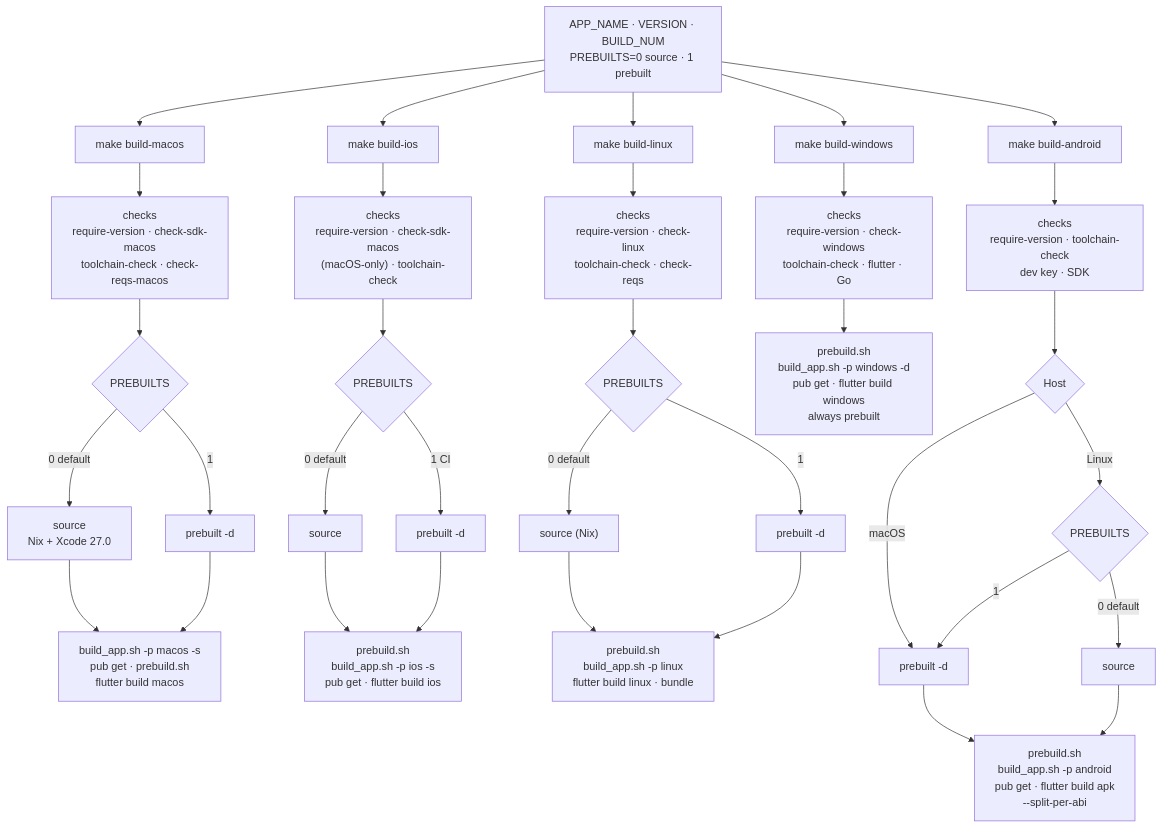
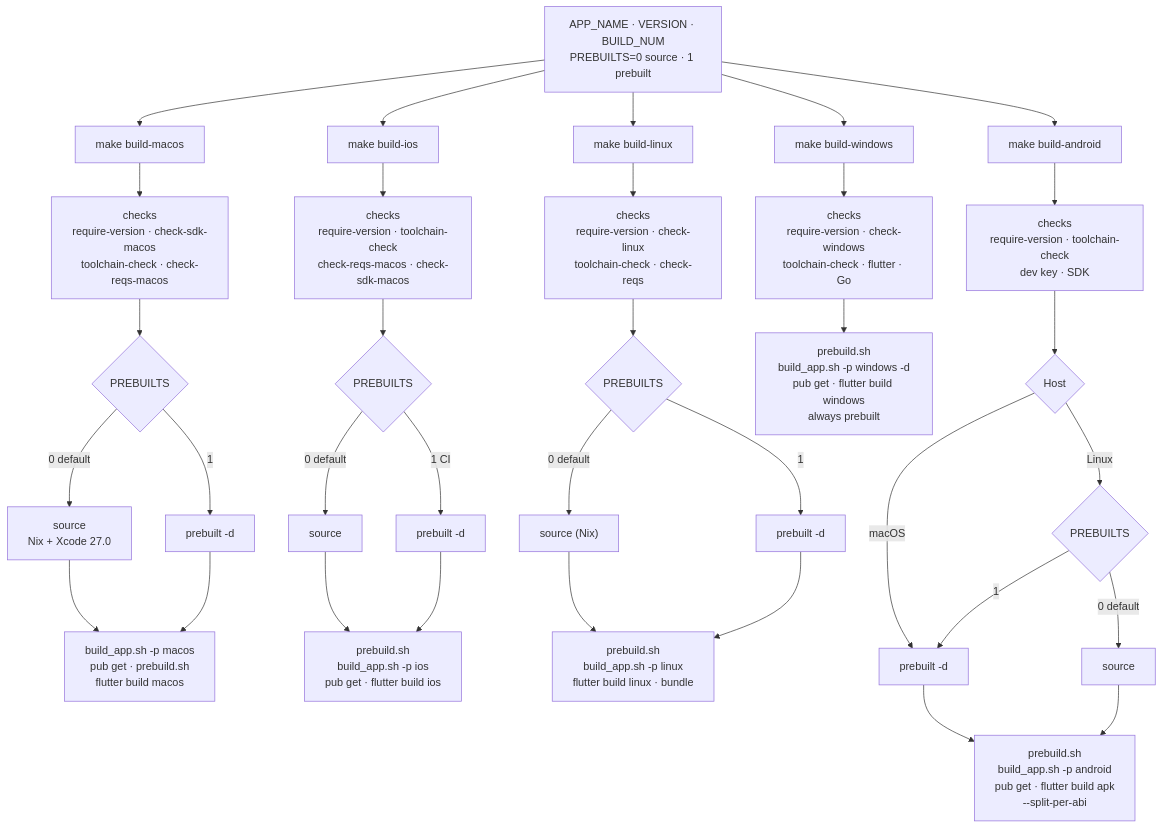
Before and after one commit to cypherstack/stack_wallet: the second of 2 diagrams in docs/building/make-flow.md, drawn with Mermaid. The commit also changed other lines of this file and 8 other files, not shown here.

````diff
--- a/docs/building/make-flow.md
+++ b/docs/building/make-flow.md
@@ -53,42 +54,42 @@
 ```mermaid
 flowchart TD
     O["APP_NAME · VERSION · BUILD_NUM<br/>PREBUILTS=0 source · 1 prebuilt"]
     O --> MAC["make build-macos"]
     O --> IOS["make build-ios"]
     O --> LINUX["make build-linux"]
     O --> WIN["make build-windows"]
     O --> AND["make build-android"]
 
     MAC --> MC["checks<br/>require-version · check-sdk-macos<br/>toolchain-check · check-reqs-macos"]
     MC --> MP{"PREBUILTS"}
     MP -- "0 default" --> MS["source<br/>Nix + Xcode 27.0"]
     MP -- "1" --> MB["prebuilt -d"]
-    MS --> MR["build_app.sh -p macos -s<br/>pub get · prebuild.sh<br/>flutter build macos"]
+    MS --> MR["build_app.sh -p macos<br/>pub get · prebuild.sh<br/>flutter build macos"]
     MB --> MR
 
-    IOS --> IC["checks<br/>require-version · check-sdk-macos<br/>(macOS-only) · toolchain-check"]
+    IOS --> IC["checks<br/>require-version · toolchain-check<br/>check-reqs-macos · check-sdk-macos"]
     IC --> IP{"PREBUILTS"}
     IP -- "0 default" --> IS["source"]
     IP -- "1 CI" --> IB["prebuilt -d"]
-    IS --> IR["prebuild.sh<br/>build_app.sh -p ios -s<br/>pub get · flutter build ios"]
+    IS --> IR["prebuild.sh<br/>build_app.sh -p ios<br/>pub get · flutter build ios"]
     IB --> IR
 
     LINUX --> LC["checks<br/>require-version · check-linux<br/>toolchain-check · check-reqs"]
     LC --> LP{"PREBUILTS"}
     LP -- "0 default" --> LS["source (Nix)"]
     LP -- "1" --> LB["prebuilt -d"]
     LS --> LR["prebuild.sh<br/>build_app.sh -p linux<br/>flutter build linux · bundle"]
     LB --> LR
 
     WIN --> WC["checks<br/>require-version · check-windows<br/>toolchain-check · flutter · Go"]
     WC --> WR["prebuild.sh<br/>build_app.sh -p windows -d<br/>pub get · flutter build windows<br/>always prebuilt"]
 
     AND --> AC["checks<br/>require-version · toolchain-check<br/>dev key · SDK"]
     AC --> AH{"Host"}
     AH -- macOS --> AB["prebuilt -d"]
     AH -- Linux --> AP{"PREBUILTS"}
     AP -- "0 default" --> AS["source"]
     AP -- "1" --> AB
     AB --> AR["prebuild.sh<br/>build_app.sh -p android<br/>pub get · flutter build apk<br/>--split-per-abi"]
     AS --> AR
 ```
````
